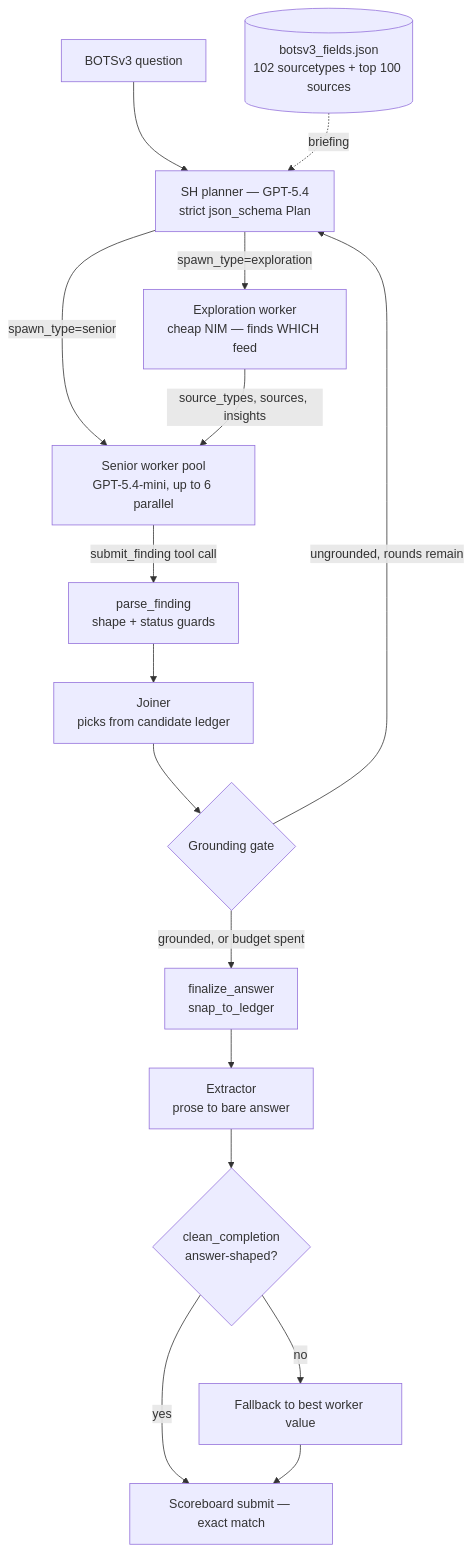
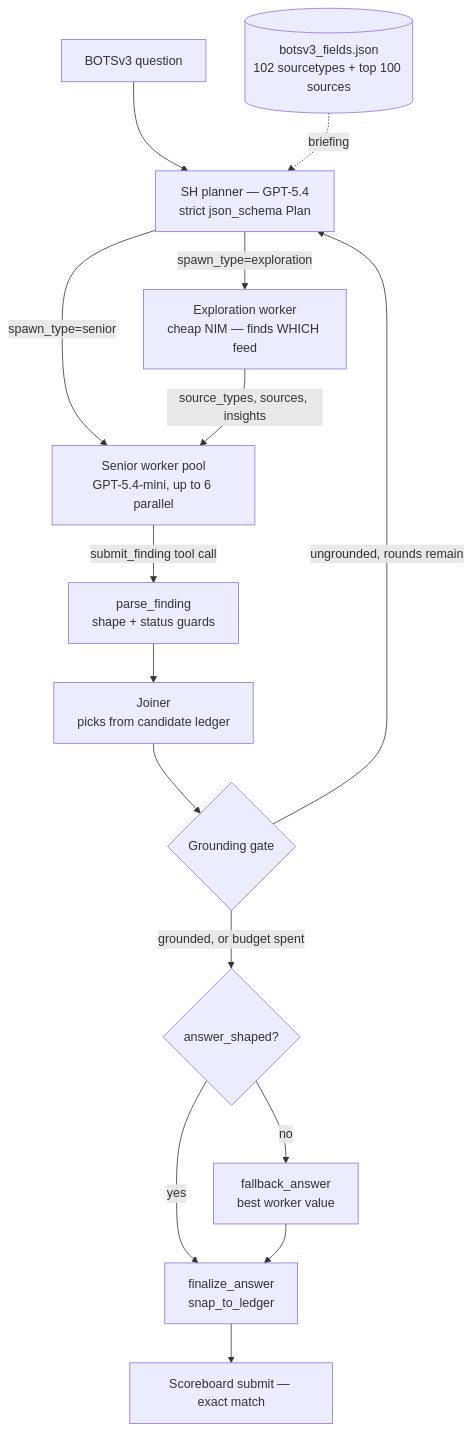
One commit to lee1613/SIEM-Automation changed the diagram in docs/ARCHITECTURE.md. Above: the diagram before and after it, drawn with Mermaid. The commit also changed other lines of this file and 12 other files, not shown here.

First line of the commit message:
refactor: delete the extractor tier and the worker prose protocol

````diff
--- a/docs/ARCHITECTURE.md
+++ b/docs/ARCHITECTURE.md
@@ -71,18 +58,17 @@
 ```mermaid
 flowchart TD
     Q[BOTSv3 question] --> SH[SH planner — GPT-5.4<br/>strict json_schema Plan]
     B[(botsv3_fields.json<br/>102 sourcetypes + top 100 sources)] -.briefing.-> SH
     SH -->|spawn_type=senior| W[Senior worker pool<br/>GPT-5.4-mini, up to 6 parallel]
     SH -->|spawn_type=exploration| E[Exploration worker<br/>cheap NIM — finds WHICH feed]
     E -->|source_types, sources, insights| W
     W -->|submit_finding tool call| P[parse_finding<br/>shape + status guards]
     P --> J[Joiner<br/>picks from candidate ledger]
     J --> G{Grounding gate}
     G -->|ungrounded, rounds remain| SH
-    G -->|grounded, or budget spent| F[finalize_answer<br/>snap_to_ledger]
-    F --> X[Extractor<br/>prose to bare answer]
-    X --> C{clean_completion<br/>answer-shaped?}
-    C -->|no| FB[Fallback to best worker value]
-    C -->|yes| S[Scoreboard submit — exact match]
-    FB --> S
+    G -->|grounded, or budget spent| C{answer_shaped?}
+    C -->|no| FB[fallback_answer<br/>best worker value]
+    C -->|yes| F[finalize_answer<br/>snap_to_ledger]
+    FB --> F
+    F --> S[Scoreboard submit — exact match]
 ```
````
